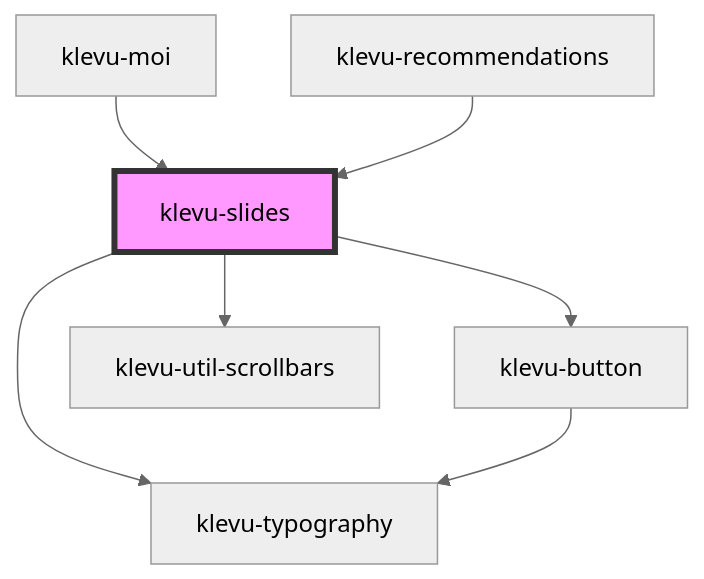
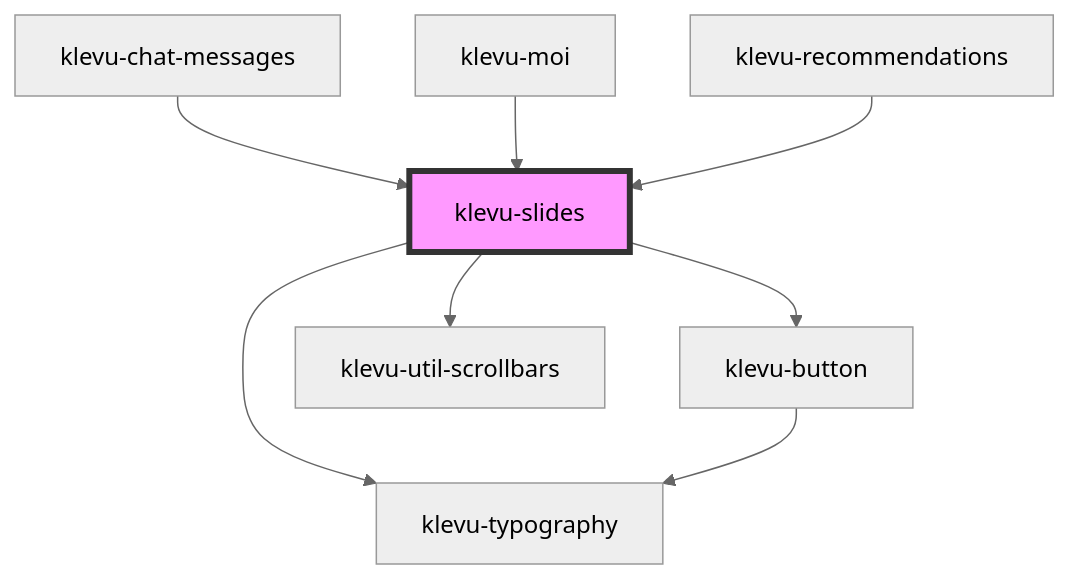
The diagram in packages/klevu-ui/src/components/klevu-slides/readme.md (klevultd/frontend-sdk), drawn with Mermaid (neutral theme) before and after one commit. The commit also changed other lines of this file and 21 other files, not shown here.

````diff
--- a/packages/klevu-ui/src/components/klevu-slides/readme.md
+++ b/packages/klevu-ui/src/components/klevu-slides/readme.md
@@ -33,10 +34,11 @@
 ```mermaid
 graph TD;
   klevu-slides --> klevu-typography
   klevu-slides --> klevu-button
   klevu-slides --> klevu-util-scrollbars
   klevu-button --> klevu-typography
+  klevu-chat-messages --> klevu-slides
   klevu-moi --> klevu-slides
   klevu-recommendations --> klevu-slides
   style klevu-slides fill:#f9f,stroke:#333,stroke-width:4px
 ```
````
